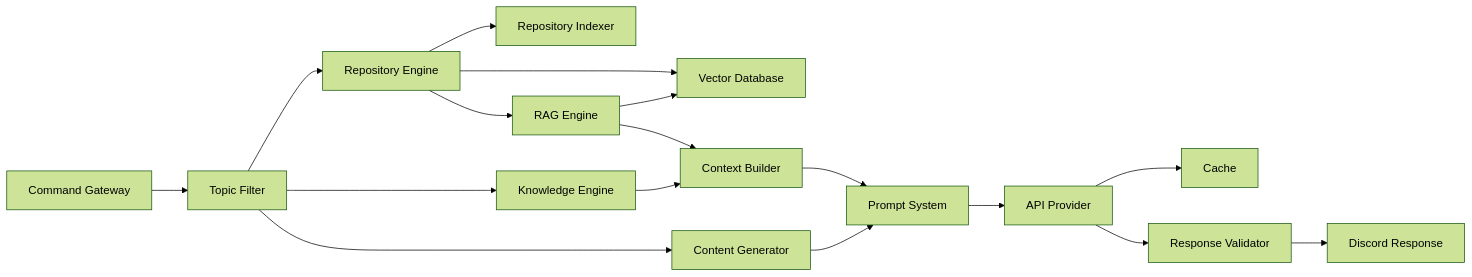
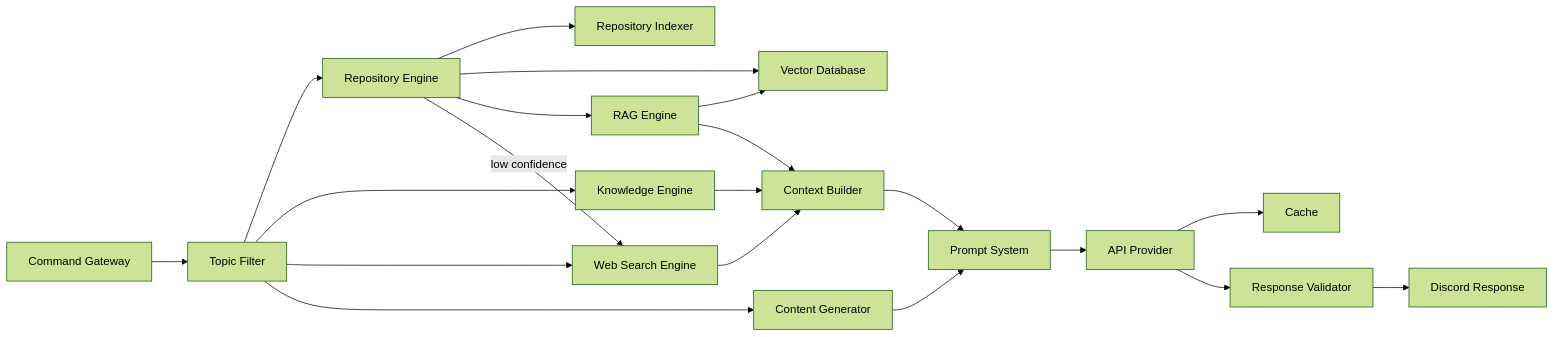
Before and after one commit to Umadolproject/Umakraft: the second of 2 diagrams in AI/ARCHITECTURE.md, drawn with Mermaid (forest theme). The commit also changed other lines of this file and 3 other files, not shown here.

First line of the commit message:
Add web search engine module and expand AI architecture documentation

````diff
--- a/AI/ARCHITECTURE.md
+++ b/AI/ARCHITECTURE.md
@@ -157,25 +162,29 @@
 ```mermaid
 graph LR
     GW[Command Gateway] --> TF[Topic Filter]
 
     TF --> RE[Repository Engine]
     TF --> KE[Knowledge Engine]
+    TF --> WSE[Web Search Engine]
     TF --> CG[Content Generator]
 
     RE --> RI[Repository Indexer]
     RE --> VDB[Vector Database]
     RE --> RAG[RAG Engine]
 
     RAG --> VDB
     RAG --> CB[Context Builder]
     KE --> CB
+    WSE --> CB
+
+    RE -->|low confidence| WSE
 
     CB --> PS[Prompt System]
     CG --> PS
 
     PS --> AP[API Provider]
     AP --> CA[Cache]
 
     AP --> RV[Response Validator]
     RV --> OUT[Discord Response]
 ```
````
